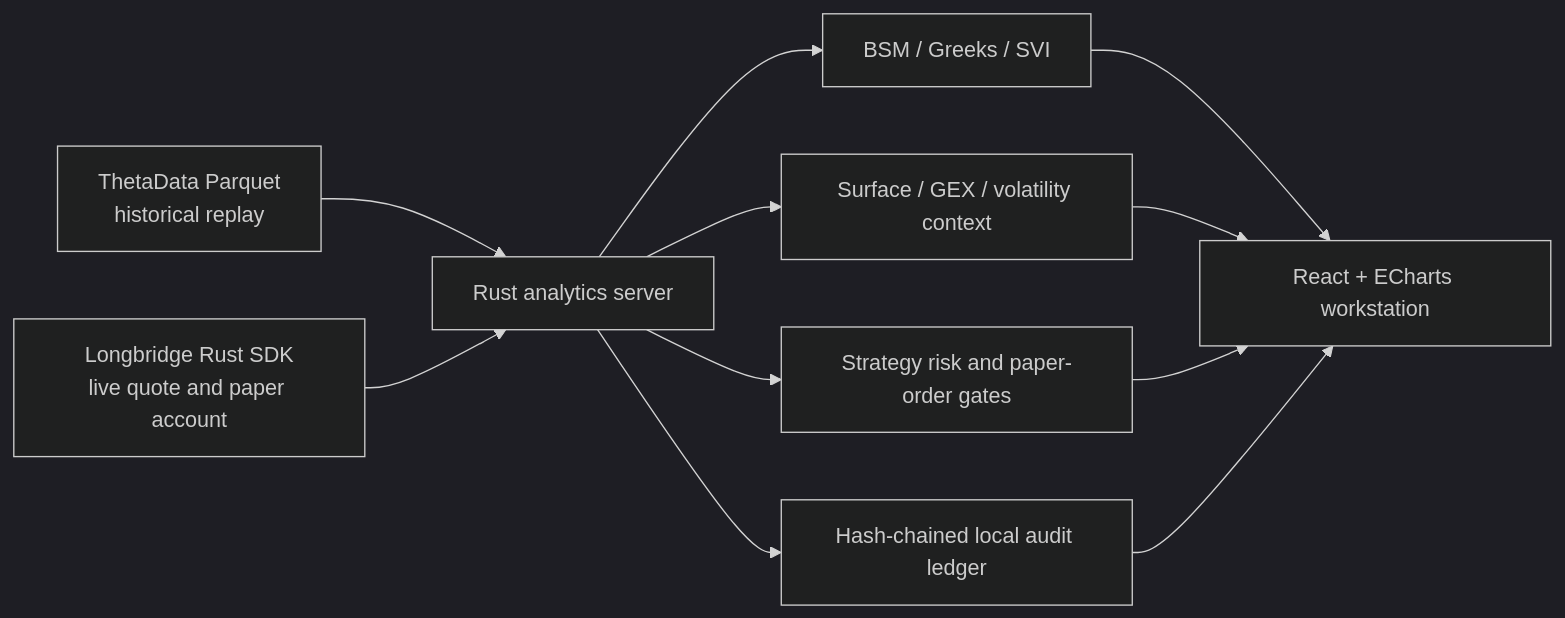
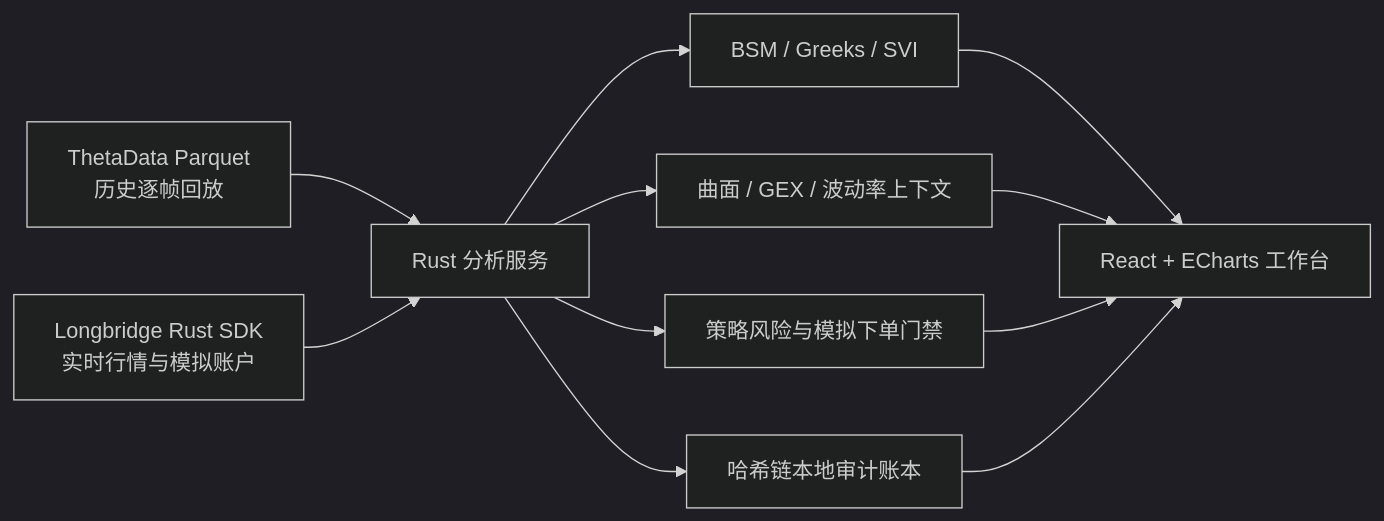
One commit to khakhasshi/OptionWorkstation changed the second of 2 diagrams in README.md. Above: the diagram before and after it, drawn with Mermaid (dark theme). The commit also changed other lines of this file and 6 other files, not shown here.

````diff
--- a/README.md
+++ b/README.md
@@ -56,13 +199,13 @@
 ```mermaid
 flowchart LR
-  A["ThetaData Parquet<br/>historical replay"] --> R["Rust analytics server"]
-  B["Longbridge Rust SDK<br/>live quote and paper account"] --> R
-  R --> C["BSM / Greeks / SVI"]
-  R --> D["Surface / GEX / volatility context"]
-  R --> E["Strategy risk and paper-order gates"]
-  R --> F["Hash-chained local audit ledger"]
-  C --> W["React + ECharts workstation"]
-  D --> W
-  E --> W
-  F --> W
+  T["ThetaData Parquet<br/>历史逐帧回放"] --> R["Rust 分析服务"]
+  L["Longbridge Rust SDK<br/>实时行情与模拟账户"] --> R
+  R --> B["BSM / Greeks / SVI"]
+  R --> X["曲面 / GEX / 波动率上下文"]
+  R --> P["策略风险与模拟下单门禁"]
+  R --> H["哈希链本地审计账本"]
+  B --> W["React + ECharts 工作台"]
+  X --> W
+  P --> W
+  H --> W
 ```
````
